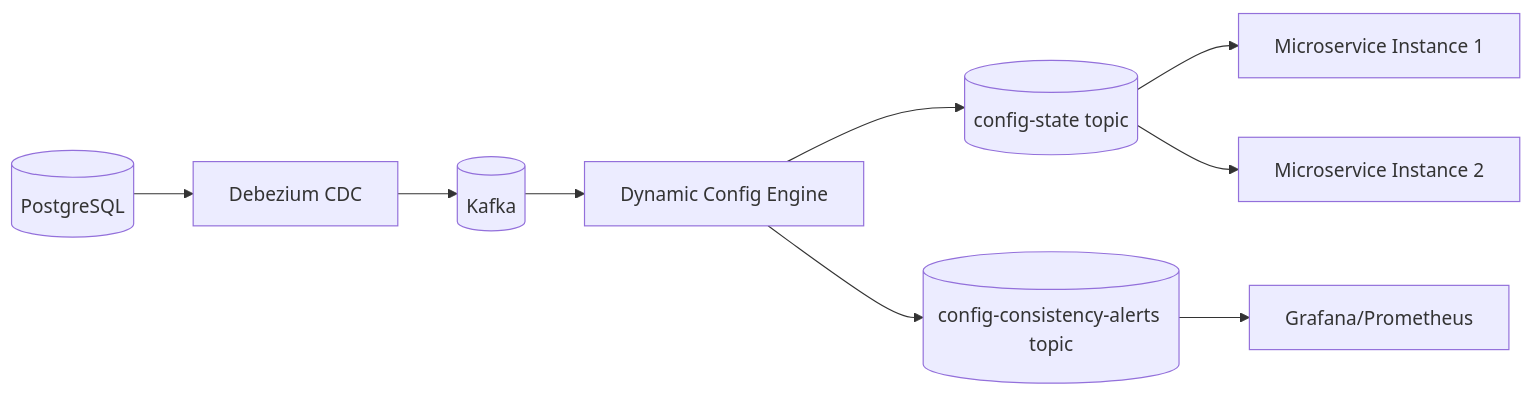
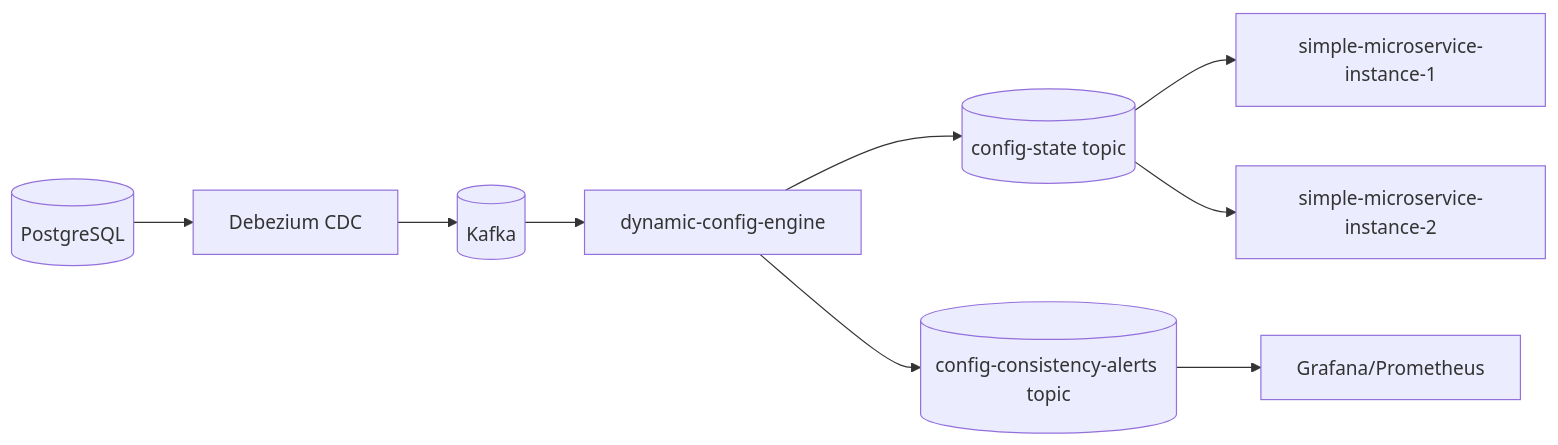
The diagram in dynamic-application-config/README.md (AndrewVerenich/distributed-backend-platform), drawn with Mermaid before and after one commit.

Commit message:
dynamic config: schema

````diff
--- a/dynamic-application-config/README.md
+++ b/dynamic-application-config/README.md
@@ -26,11 +26,11 @@
 ```mermaid
 flowchart LR
     Postgres[(PostgreSQL)] --> Debezium[Debezium CDC]
     Debezium --> Kafka[(Kafka)]
-    Kafka --> Engine[Dynamic Config Engine]
+    Kafka --> Engine[dynamic-config-engine]
     Engine --> KafkaState[(config-state topic)]
     Engine --> KafkaAlerts[(config-consistency-alerts topic)]
-    KafkaState --> Microservice1[Microservice Instance 1]
-    KafkaState --> Microservice2[Microservice Instance 2]
+    KafkaState --> Microservice1[simple-microservice-instance-1]
+    KafkaState --> Microservice2[simple-microservice-instance-2]
     KafkaAlerts --> Monitoring[Grafana/Prometheus]
 ```
````
